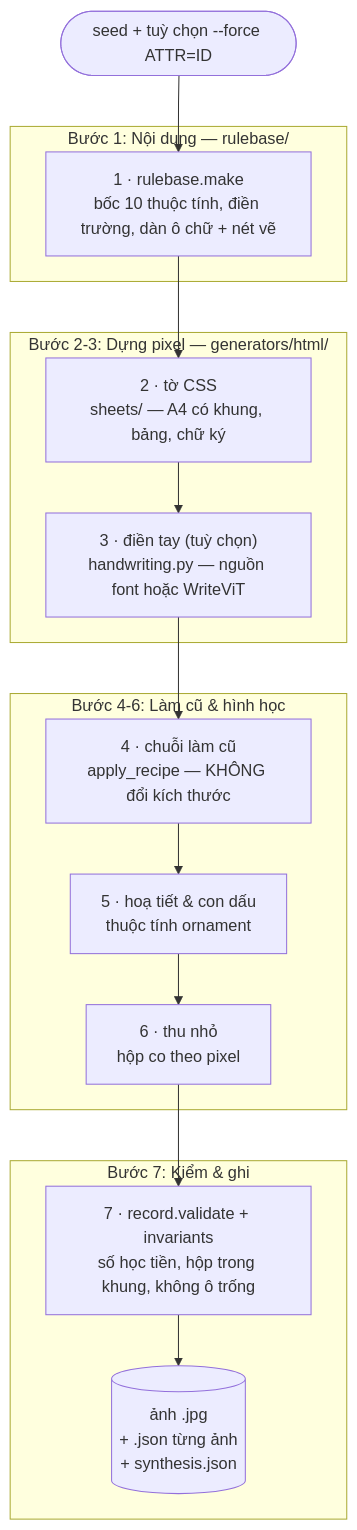
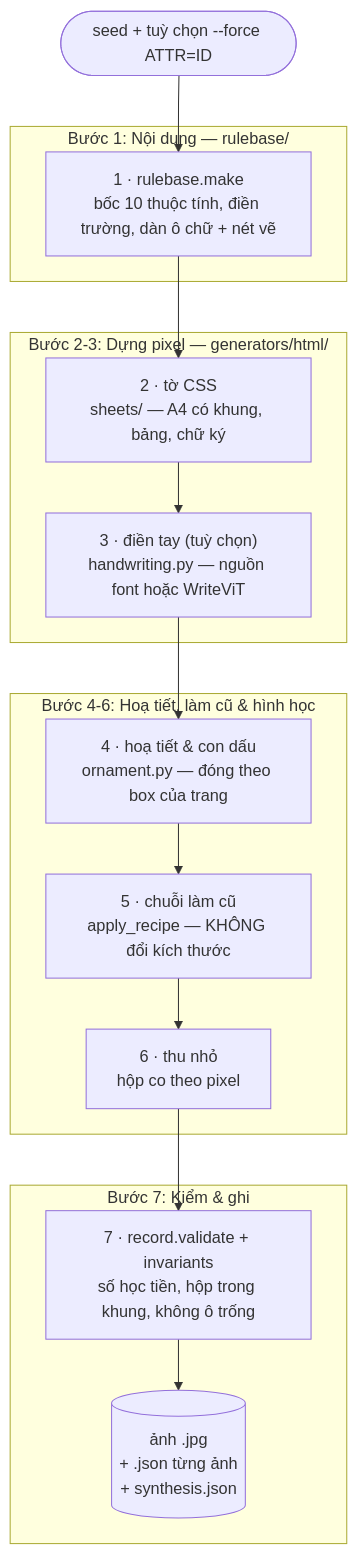
Before and after one commit to LinhPhuong14/vlm-ocr-synthetic: the first of 5 diagrams in README.md, drawn with Mermaid. The commit also changed other lines of this file and 101 other files, not shown here.

````diff
--- a/README.md
+++ b/README.md
@@ -74,24 +74,24 @@
 ```mermaid
 flowchart TD
     seed(["seed + tuỳ chọn --force ATTR=ID"]) --> A
 
     subgraph S1 ["Bước 1: Nội dung — rulebase/"]
         A["1 · rulebase.make<br/>bốc 10 thuộc tính, điền trường, dàn ô chữ + nét vẽ"]
     end
 
     subgraph S2 ["Bước 2-3: Dựng pixel — generators/html/"]
         A --> D2["2 · tờ CSS<br/>sheets/ — A4 có khung, bảng, chữ ký"]
         D2 --> D3["3 · điền tay (tuỳ chọn)<br/>handwriting.py — nguồn font hoặc WriteViT"]
     end
 
-    subgraph S3 ["Bước 4-6: Làm cũ & hình học"]
-        D3 --> E["4 · chuỗi làm cũ<br/>apply_recipe — KHÔNG đổi kích thước"]
-        E --> F["5 · hoạ tiết & con dấu<br/>thuộc tính ornament"]
-        F --> G["6 · thu nhỏ<br/>hộp co theo pixel"]
+    subgraph S3 ["Bước 4-6: Hoạ tiết, làm cũ & hình học"]
+        D3 --> F["4 · hoạ tiết & con dấu<br/>ornament.py — đóng theo box của trang"]
+        F --> E["5 · chuỗi làm cũ<br/>apply_recipe — KHÔNG đổi kích thước"]
+        E --> G["6 · thu nhỏ<br/>hộp co theo pixel"]
     end
 
     subgraph S4 ["Bước 7: Kiểm & ghi"]
         G --> H["7 · record.validate + invariants<br/>số học tiền, hộp trong khung, không ô trống"]
         H --> O[("ảnh .jpg<br/>+ .json từng ảnh<br/>+ synthesis.json")]
     end
 ```
````
